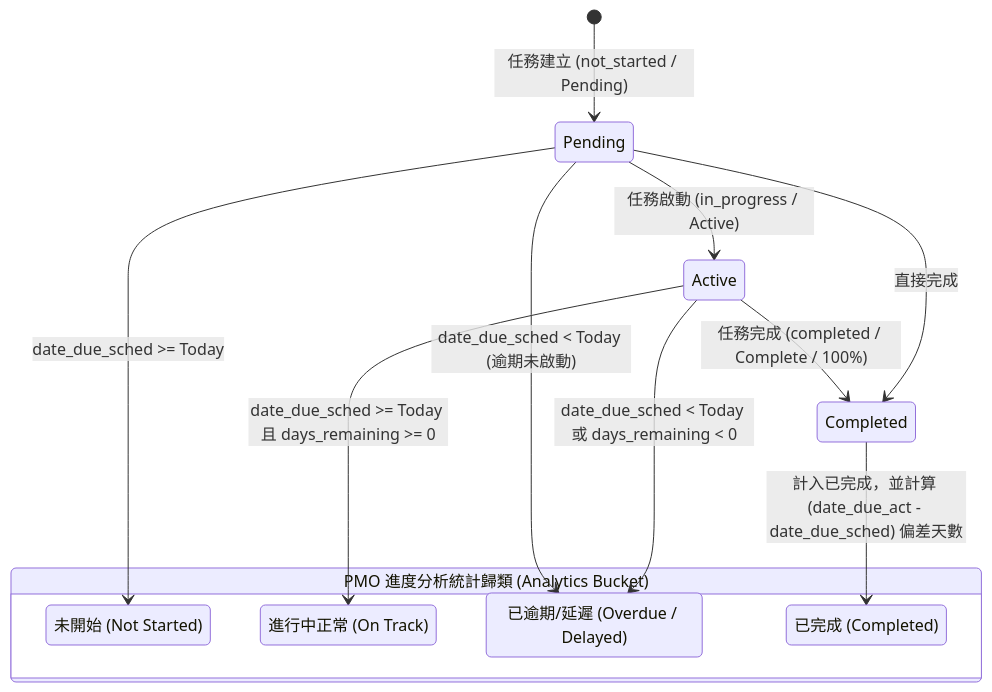
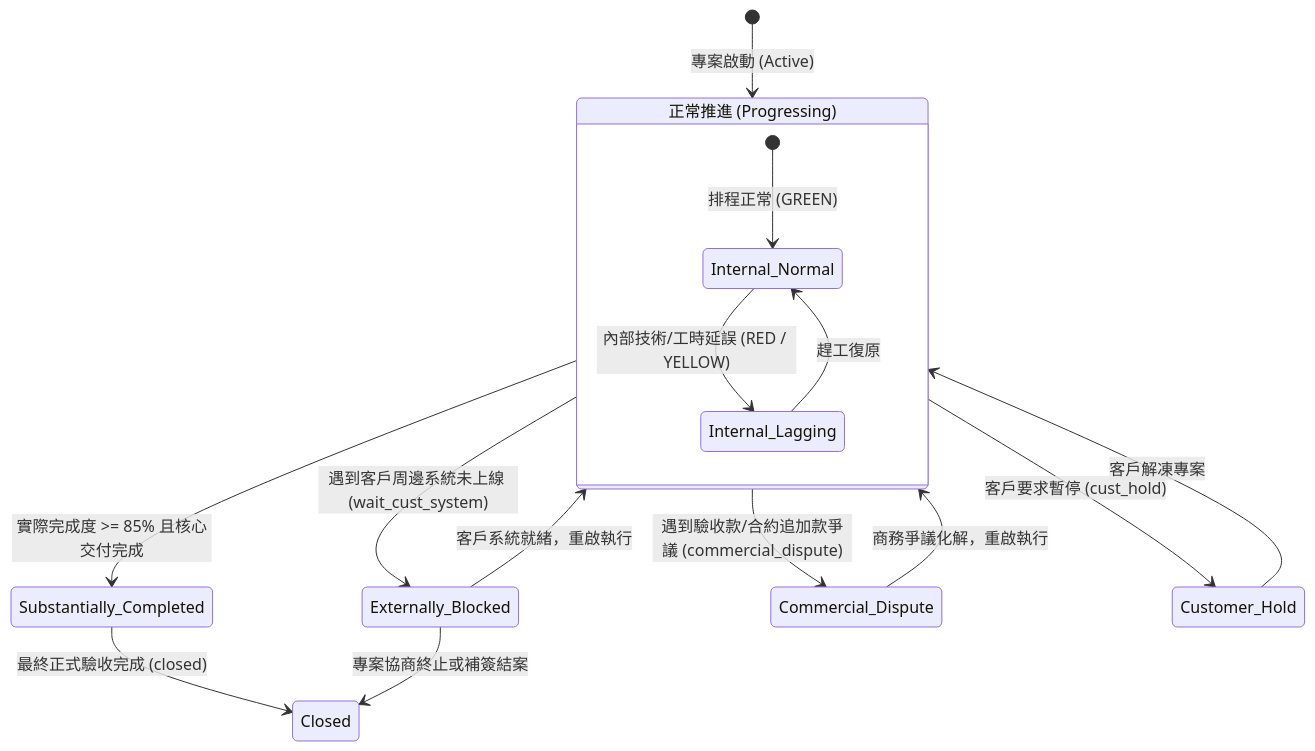
One commit to Jet0718/pmo_static changed the seventh of 8 diagrams in spec.md. Above: the diagram before and after it, drawn with Mermaid. The commit also changed other lines of this file and 13 other files, not shown here.

````diff
--- a/spec.md
+++ b/spec.md
@@ -502,20 +556,22 @@
 ```mermaid
 stateDiagram-v2
-    [*] --> Pending : 任務建立 (not_started / Pending)
-    Pending --> Active : 任務啟動 (in_progress / Active)
-    Active --> Completed : 任務完成 (completed / Complete / 100%)
-    Pending --> Completed : 直接完成
+    [*] --> Active_Progressing : 專案啟動 (Active)
 
-    state "PMO 進度分析統計歸類 (Analytics Bucket)" as Bucket {
-        state "未開始 (Not Started)" as B_NotStarted
-        state "進行中正常 (On Track)" as B_OnTrack
-        state "已逾期/延遲 (Overdue / Delayed)" as B_Overdue
-        state "已完成 (Completed)" as B_Completed
+    state "正常推進 (Progressing)" as Active_Progressing {
+        [*] --> Internal_Normal : 排程正常 (GREEN)
+        Internal_Normal --> Internal_Lagging : 內部技術/工時延誤 (RED / YELLOW)
+        Internal_Lagging --> Internal_Normal : 趕工復原
     }
 
-    Pending --> B_NotStarted : date_due_sched >= Today
-    Pending --> B_Overdue : date_due_sched < Today (逾期未啟動)
-    Active --> B_OnTrack : date_due_sched >= Today 且 days_remaining >= 0
-    Active --> B_Overdue : date_due_sched < Today 或 days_remaining < 0
-    Completed --> B_Completed : 計入已完成，並計算 (date_due_act - date_due_sched) 偏差天數
+    Active_Progressing --> Substantially_Completed : 實際完成度 >= 85% 且核心交付完成
+    Active_Progressing --> Externally_Blocked : 遇到客戶周邊系統未上線 (wait_cust_system)
+    Active_Progressing --> Commercial_Dispute : 遇到驗收款/合約追加款爭議 (commercial_dispute)
+    Active_Progressing --> Customer_Hold : 客戶要求暫停 (cust_hold)
+
+    Externally_Blocked --> Active_Progressing : 客戶系統就緒，重啟執行
+    Commercial_Dispute --> Active_Progressing : 商務爭議化解，重啟執行
+    Customer_Hold --> Active_Progressing : 客戶解凍專案
+
+    Substantially_Completed --> Closed : 最終正式驗收完成 (closed)
+    Externally_Blocked --> Closed : 專案協商終止或補簽結案
 ```
````
